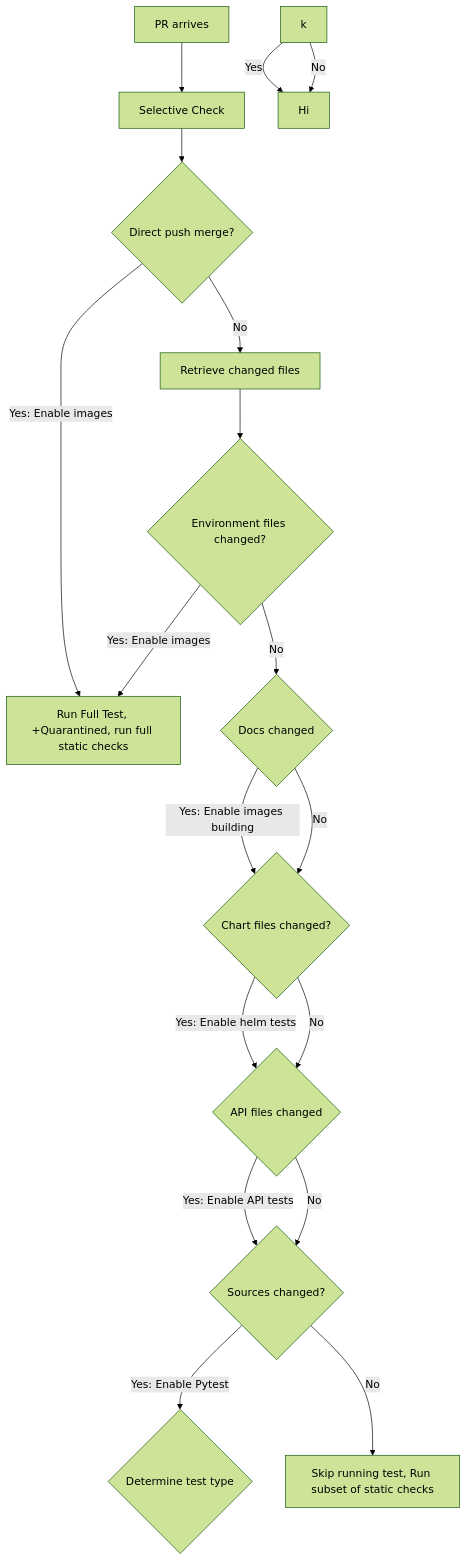
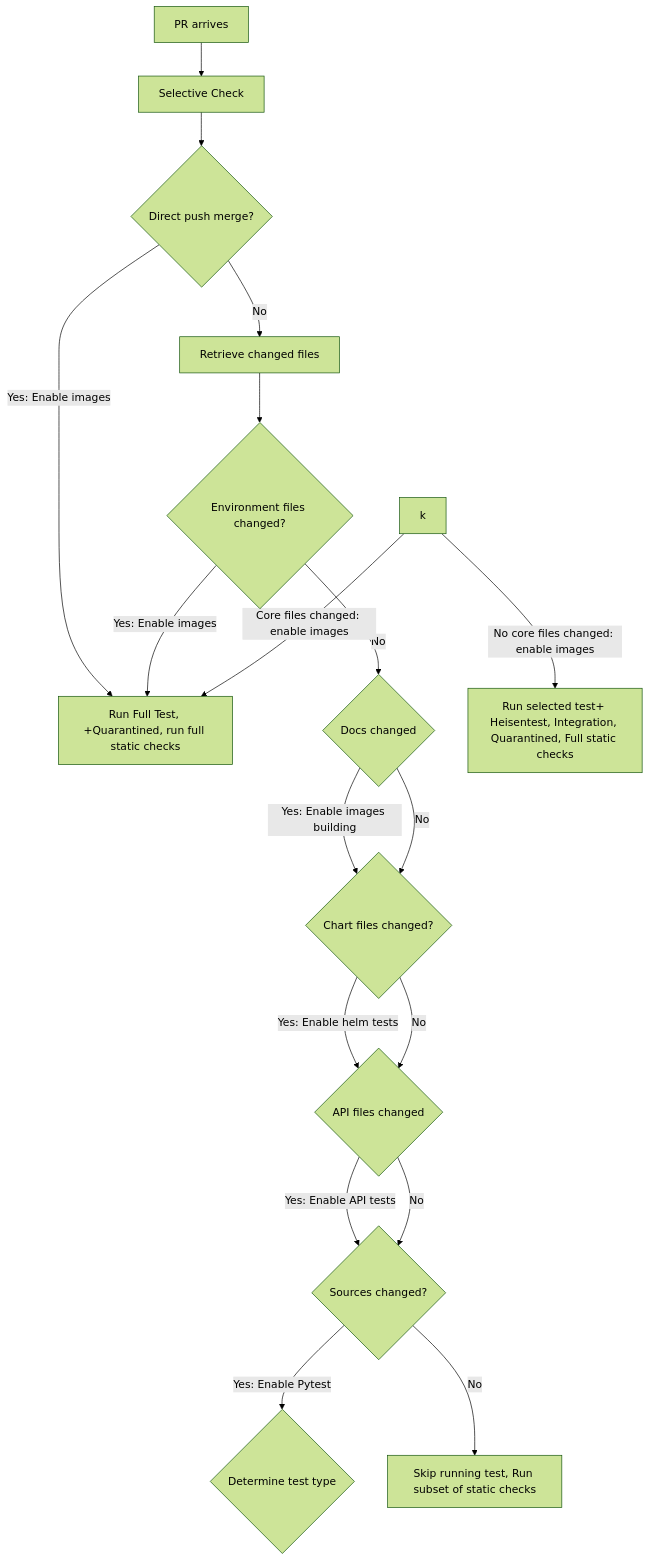
The diagram in README.md (edithturn/golang-training), drawn with Mermaid (forest theme) before and after one commit.

Commit message:
test mermaid

````diff
--- a/README.md
+++ b/README.md
@@ -7,20 +7,20 @@
 ```mermaid
 flowchart TD
 A[PR arrives]-->B[Selective Check]
 B-->C{Direct push merge?}
 C-->|Yes: Enable images| D[Run Full Test, +Quarantined, run full static checks]
 C-->|No| E[Retrieve changed files]
 E-->F{Environment files changed?}
 F-->|Yes: Enable images| D
 F-->|No| G{Docs changed}
 G-->|Yes: Enable images building| I{Chart files changed?}
 G-->|No| I
 I-->|Yes: Enable helm tests| J{API files changed}
 I-->|No| J
 J-->|Yes: Enable API tests| H{Sources changed?}
 J-->|No| H
 H-->|Yes: Enable Pytest| K{Determine test type}
+k-->|Core files changed: enable images| D
+k-->|No core files changed: enable images| M[Run selected test+ Heisentest, Integration, Quarantined, Full static checks] 
 H-->|No| L[Skip running test, Run subset of static checks]
-k-->|Yes| M[Hi]
-k-->|No| M
 ```
````
